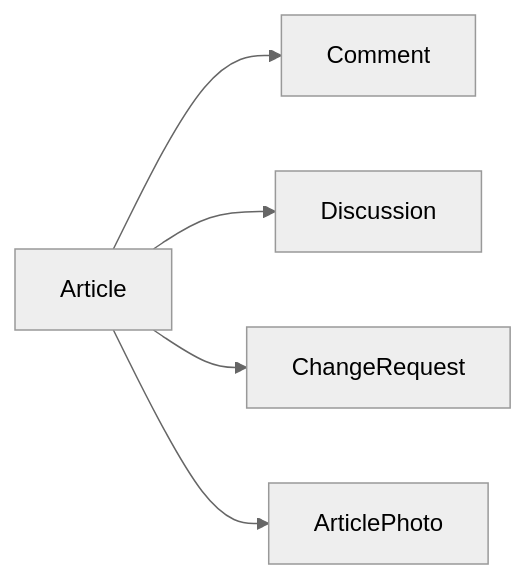
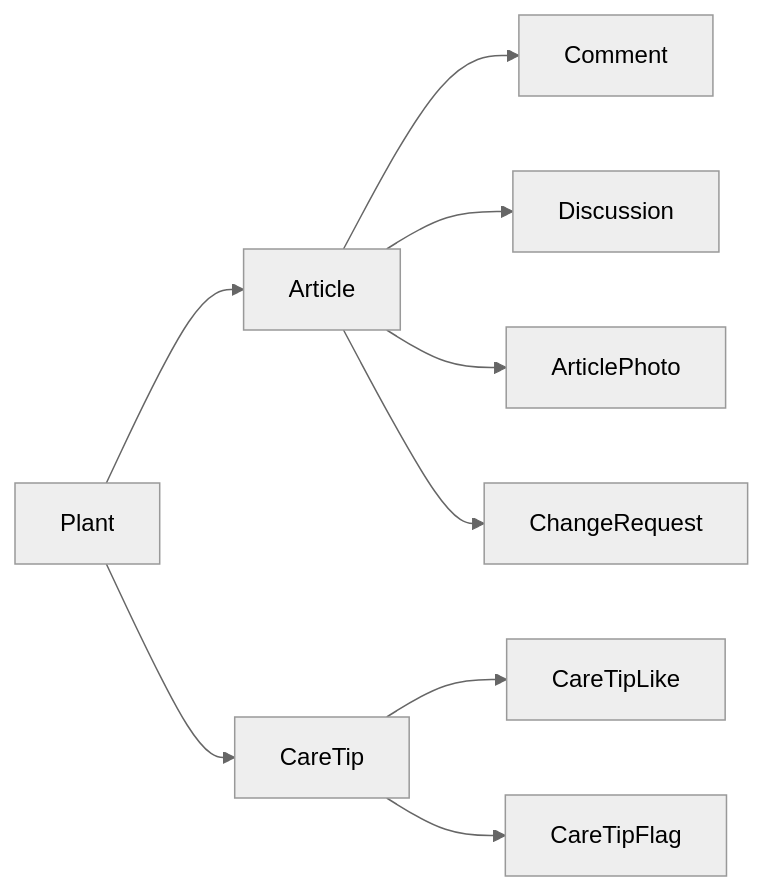
Before and after one commit to Radoslaw-Wolnik/plants-wiki: the fourth of 6 diagrams in MODELS.md, drawn with Mermaid (neutral theme). The commit also changed other lines of this file, not shown here.

````diff
--- a/MODELS.md
+++ b/MODELS.md
@@ -383,7 +196,13 @@
 ```mermaid
 graph LR
     Article --> Comment
     Article --> Discussion
+    Article --> ArticlePhoto
     Article --> ChangeRequest
-    Article --> ArticlePhoto
+    
+    Plant --> Article
+    Plant --> CareTip
+    
+    CareTip --> CareTipLike
+    CareTip --> CareTipFlag
 ```
````
